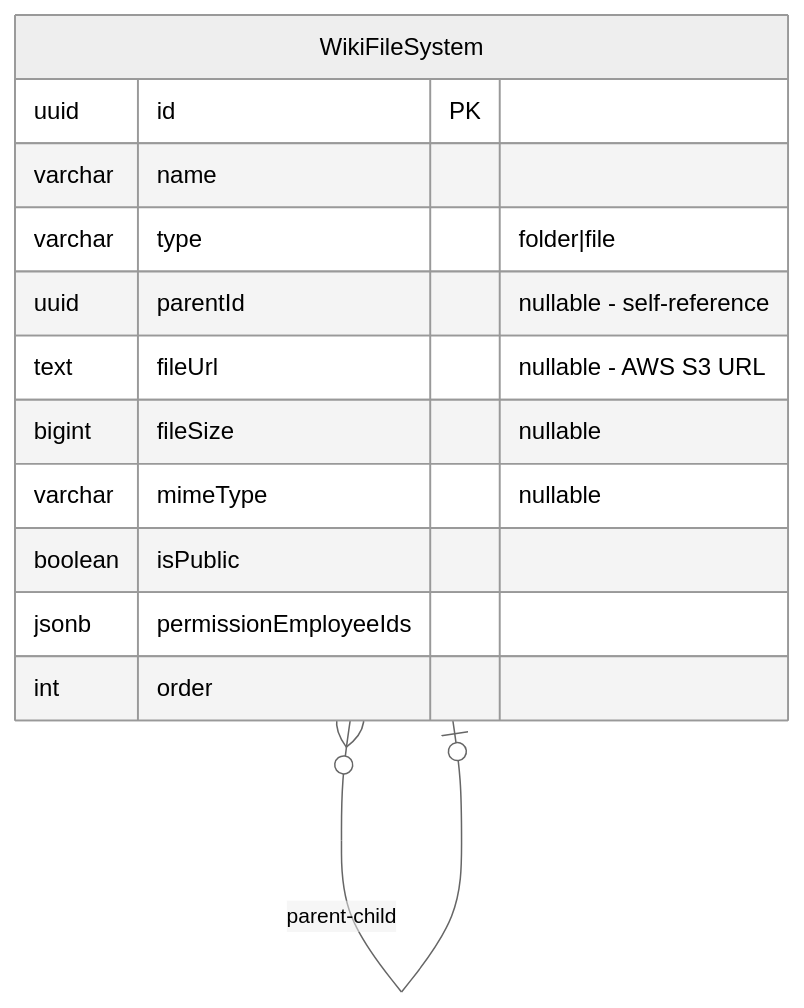
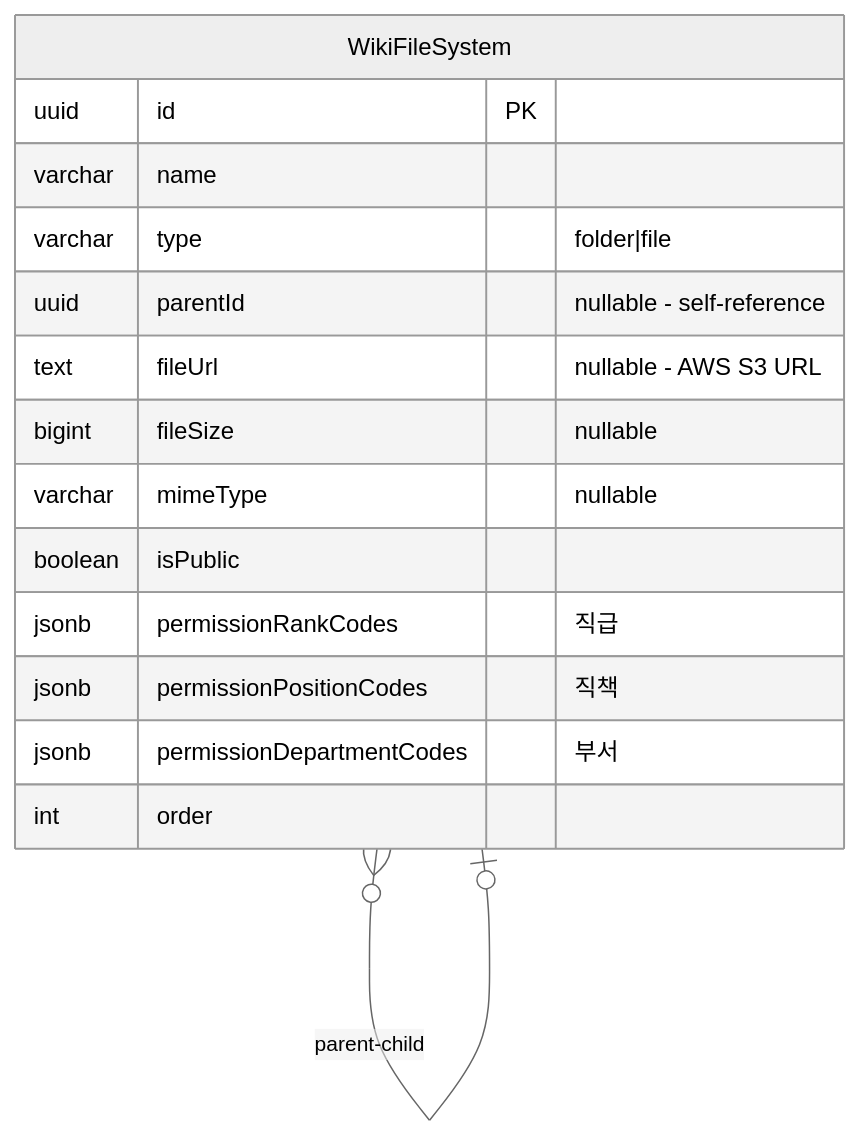
Before and after one commit to wukdddang/lumir-cms-backend: diagram 15 of 15 in docs/erd/er-diagram-entities.md, drawn with Mermaid (neutral theme). The commit also changed other lines of this file and 2 other files, not shown here.

First line of the commit message:
feat: 설문조사 및 공지사항 관련 ER 다이어그램 업데이트

````diff
--- a/docs/erd/er-diagram-entities.md
+++ b/docs/erd/er-diagram-entities.md
@@ -698,17 +756,19 @@
 ```mermaid
 erDiagram
     WikiFileSystem {
         uuid id PK
         varchar name
         varchar type "folder|file"
         uuid parentId "nullable - self-reference"
         text fileUrl "nullable - AWS S3 URL"
         bigint fileSize "nullable"
         varchar mimeType "nullable"
         boolean isPublic
-        jsonb permissionEmployeeIds
+        jsonb permissionRankCodes "직급"
+        jsonb permissionPositionCodes "직책"
+        jsonb permissionDepartmentCodes "부서"
         int order
     }
     
     WikiFileSystem }o--o| WikiFileSystem : "parent-child"
 ```
````
